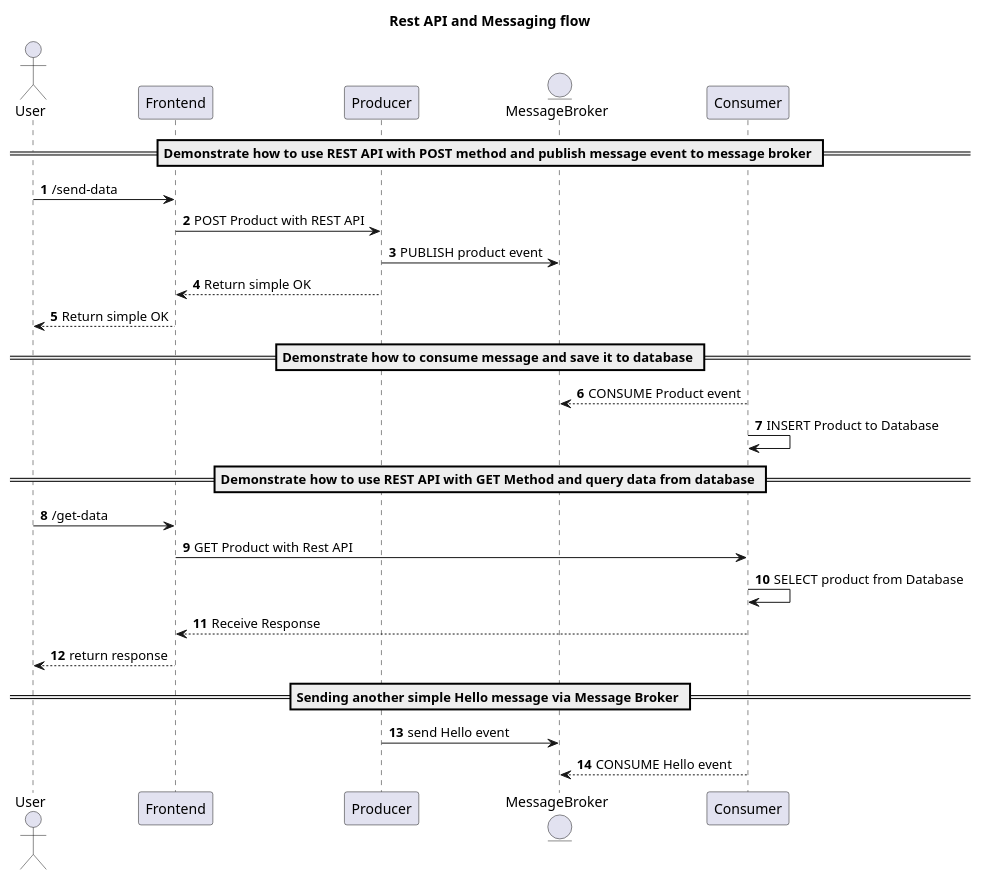
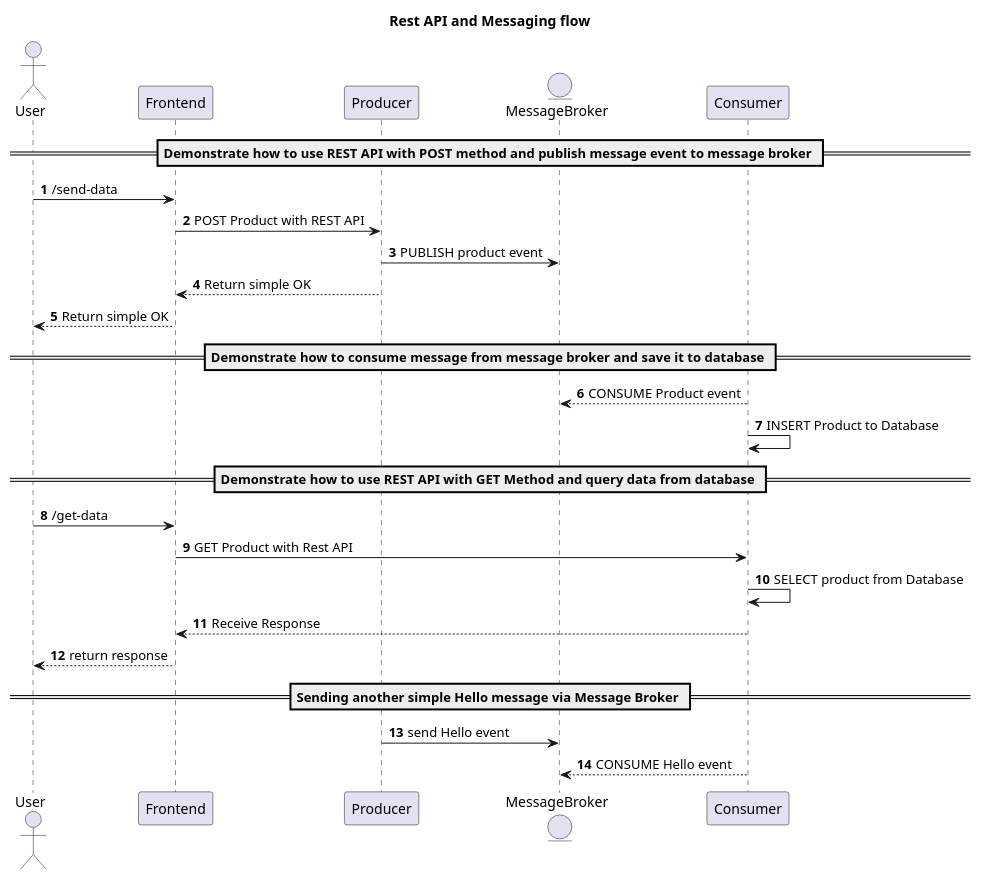
Before and after one commit to mirzaakhena/rest-messaging-db: the diagram in diagram.wsd, drawn with PlantUML.

```diff
--- a/diagram.wsd
+++ b/diagram.wsd
@@ -1,36 +1,36 @@
 @startuml
 title Rest API and Messaging flow
 autonumber
 actor User
 participant Frontend
 participant Producer
 entity MessageBroker
 participant Consumer
 
 == Demonstrate how to use REST API with POST method and publish message event to message broker ==
 
 User -> Frontend: /send-data
 Frontend -> Producer: POST Product with REST API
 Producer -> MessageBroker: PUBLISH product event
 Producer --> Frontend: Return simple OK
 Frontend --> User: Return simple OK
 
-== Demonstrate how to consume message and save it to database ==
+== Demonstrate how to consume message from message broker and save it to database ==
 
 MessageBroker <-- Consumer: CONSUME Product event 
 Consumer -> Consumer: INSERT Product to Database
 
 == Demonstrate how to use REST API with GET Method and query data from database ==
 
 User -> Frontend: /get-data
 Frontend -> Consumer: GET Product with Rest API
 Consumer -> Consumer: SELECT product from Database
 Consumer --> Frontend: Receive Response
 Frontend --> User: return response
 
 == Sending another simple Hello message via Message Broker ==
 
 Producer -> MessageBroker: send Hello event
 MessageBroker <-- Consumer: CONSUME Hello event
 
 @enduml
```
